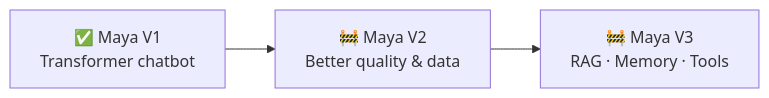
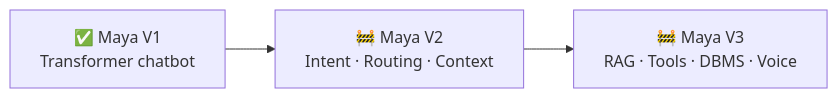
The diagram in Maya_v1/new_README.md (alokkumar-project/Maya), drawn with Mermaid before and after one commit. The commit also changed other lines of this file, not shown here.

First line of the commit message:
Revise roadmap and sample conversation images

````diff
--- a/Maya_v1/new_README.md
+++ b/Maya_v1/new_README.md
@@ -222,5 +222,5 @@
 ```mermaid
 flowchart LR
-    A[✅ Maya V1<br/>Transformer chatbot] --> B[🚧 Maya V2<br/>Better quality & data]
-    B --> C[🚧 Maya V3<br/>RAG · Memory · Tools]
+    A[✅ Maya V1<br/>Transformer chatbot] --> B[🚧 Maya V2<br/>Intent · Routing · Context]
+    B --> C[🚧 Maya V3<br/>RAG · Tools · DBMS · Voice]
 ```
````
